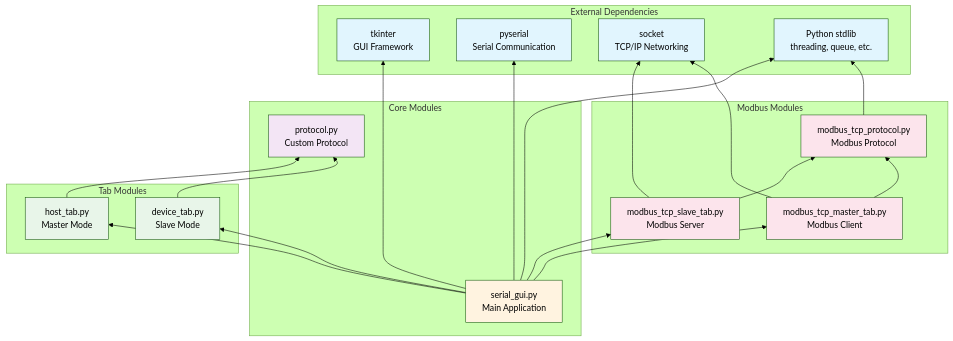
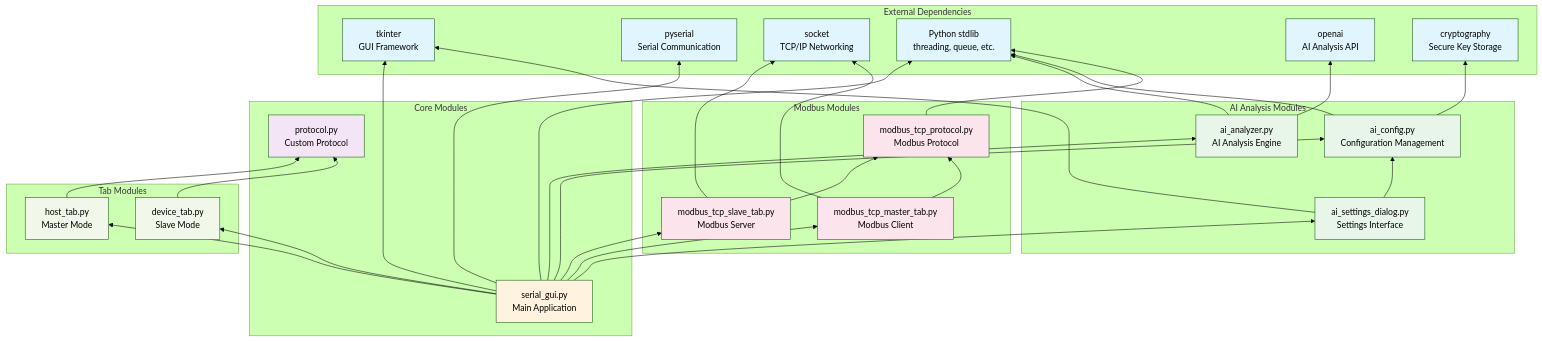
The sixth of 6 diagrams in README.md (BangNguyenSJSU/SerialCOM_Tool), drawn with Mermaid (forest theme) before and after one commit. The commit also changed other lines of this file and 2437 other files, not shown here.

````diff
--- a/README.md
+++ b/README.md
@@ -666,52 +824,80 @@
 ```mermaid
 graph BT
     subgraph "External Dependencies"
         TK[tkinter<br/>GUI Framework]
         PS[pyserial<br/>Serial Communication]
         SOCK[socket<br/>TCP/IP Networking]
         STD[Python stdlib<br/>threading, queue, etc.]
+        OAI[openai<br/>AI Analysis API]
+        CRYPT[cryptography<br/>Secure Key Storage]
     end
     
     subgraph "Core Modules"
         MAIN[serial_gui.py<br/>Main Application]
         PROT[protocol.py<br/>Custom Protocol]
+    end
+    
+    subgraph "AI Analysis Modules"
+        AIA[ai_analyzer.py<br/>AI Analysis Engine]
+        AIC[ai_config.py<br/>Configuration Management]
+        AIS[ai_settings_dialog.py<br/>Settings Interface]
     end
     
     subgraph "Tab Modules"
         HOST[host_tab.py<br/>Master Mode]
         DEV[device_tab.py<br/>Slave Mode]
     end
     
     subgraph "Modbus Modules"
         MTP[modbus_tcp_protocol.py<br/>Modbus Protocol]
         MTS[modbus_tcp_slave_tab.py<br/>Modbus Server]
         MTM[modbus_tcp_master_tab.py<br/>Modbus Client]
     end
     
+    %% Core Dependencies
     MAIN --> TK
     MAIN --> PS
     MAIN --> STD
     HOST --> PROT
     DEV --> PROT
     MAIN --> HOST
     MAIN --> DEV
+    
+    %% AI Dependencies
+    MAIN --> AIA
+    MAIN --> AIC
+    MAIN --> AIS
+    AIA --> OAI
+    AIA --> STD
+    AIC --> CRYPT
+    AIC --> STD
+    AIS --> TK
+    AIS --> AIC
+    
+    %% Modbus Dependencies
     MTP --> STD
     MTS --> MTP
     MTS --> SOCK
     MTM --> MTP
     MTM --> SOCK
     MAIN --> MTS
     MAIN --> MTM
     
+    %% Styling
     style TK fill:#e1f5fe
     style PS fill:#e1f5fe
     style SOCK fill:#e1f5fe
     style STD fill:#e1f5fe
+    style OAI fill:#e1f5fe
+    style CRYPT fill:#e1f5fe
     style MAIN fill:#fff3e0
     style PROT fill:#f3e5f5
-    style HOST fill:#e8f5e9
-    style DEV fill:#e8f5e9
+    style AIA fill:#e8f5e9
+    style AIC fill:#e8f5e9
+    style AIS fill:#e8f5e9
+    style HOST fill:#f1f8e9
+    style DEV fill:#f1f8e9
     style MTP fill:#fce4ec
     style MTS fill:#fce4ec
     style MTM fill:#fce4ec
 ```
````
